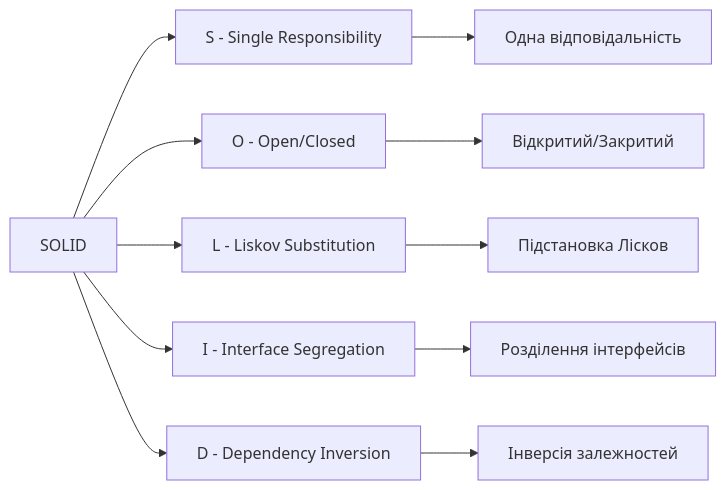
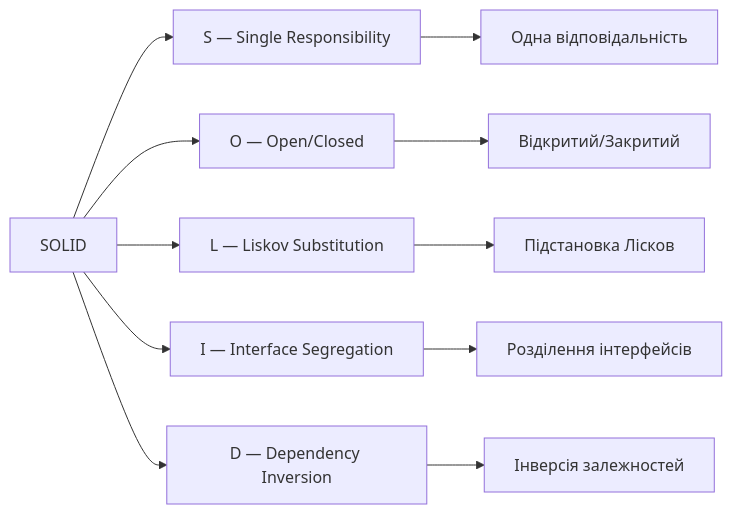
The first of 3 diagrams in presentations/presentation-08.md (olroi421/course-opi-v2), drawn with Mermaid before and after one commit. The commit also changed other lines of this file and 10 other files, not shown here.

````diff
--- a/presentations/presentation-08.md
+++ b/presentations/presentation-08.md
@@ -38,14 +50,14 @@
 ```mermaid
 graph LR
-    A[SOLID] --> B[S - Single Responsibility]
-    A --> C[O - Open/Closed]
-    A --> D[L - Liskov Substitution]
-    A --> E[I - Interface Segregation]
-    A --> F[D - Dependency Inversion]
+    A["SOLID"] --> B["S — Single Responsibility"]
+    A --> C["O — Open/Closed"]
+    A --> D["L — Liskov Substitution"]
+    A --> E["I — Interface Segregation"]
+    A --> F["D — Dependency Inversion"]
 
-    B --> G[Одна відповідальність]
-    C --> H[Відкритий/Закритий]
-    D --> I[Підстановка Лісков]
-    E --> J[Розділення інтерфейсів]
-    F --> K[Інверсія залежностей]
+    B --> G["Одна відповідальність"]
+    C --> H["Відкритий/Закритий"]
+    D --> I["Підстановка Лісков"]
+    E --> J["Розділення інтерфейсів"]
+    F --> K["Інверсія залежностей"]
 ```
````
